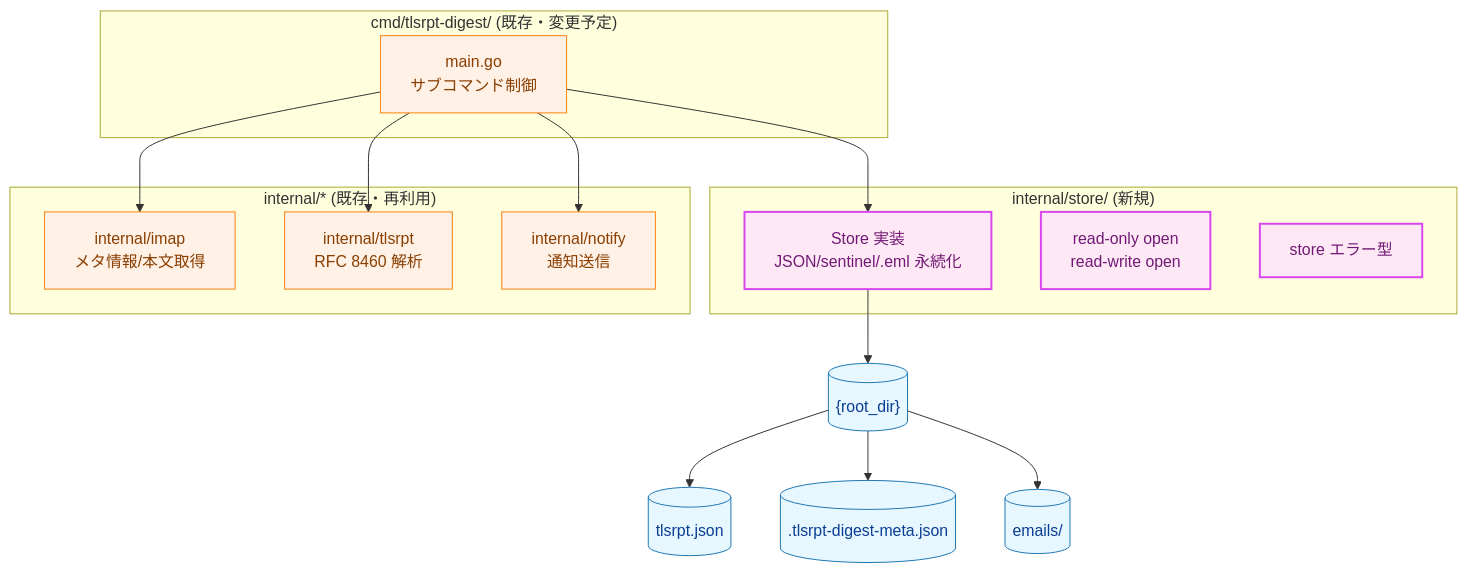
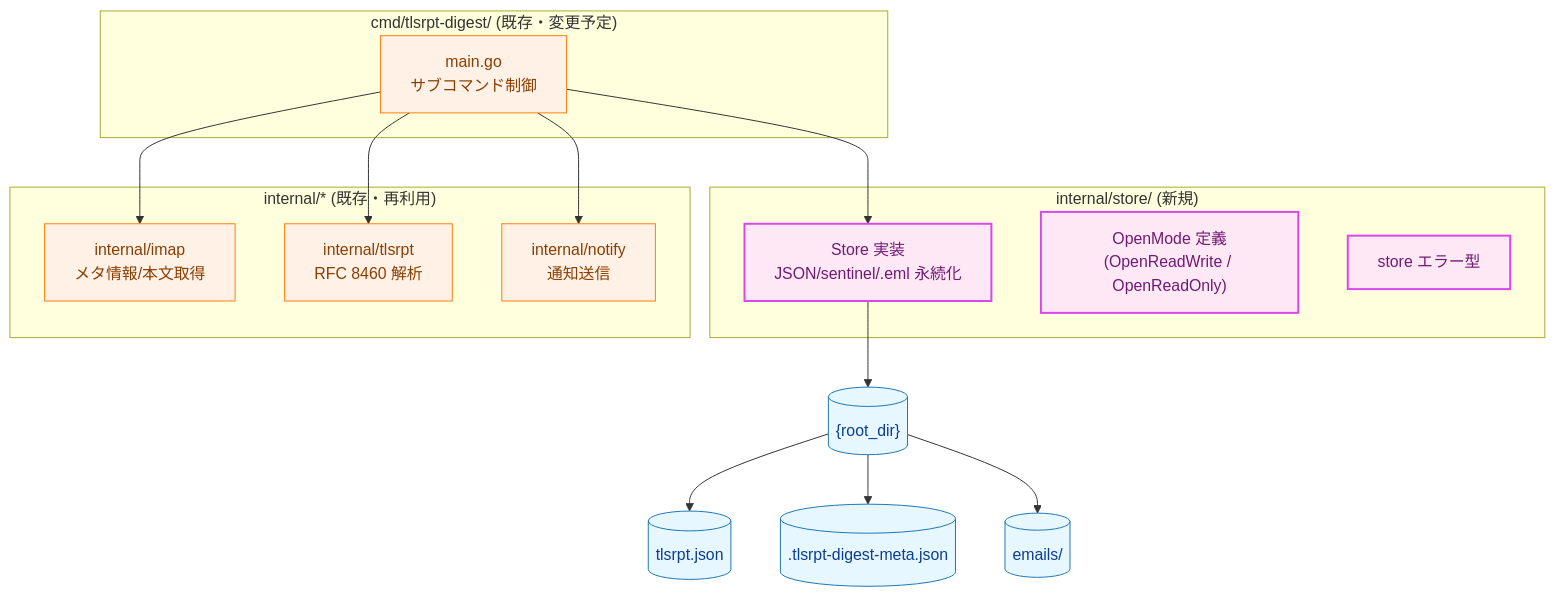
The third of 15 diagrams in docs/tasks/0040_store/02_architecture.md (isseis/tlsrpt-digest), drawn with Mermaid before and after one commit. The commit also changed other lines of this file, not shown here.

First line of the commit message:
docs(store/arch): clarity pass — legend, flowchart, labels, API names

````diff
--- a/docs/tasks/0040_store/02_architecture.md
+++ b/docs/tasks/0040_store/02_architecture.md
@@ -82,41 +84,41 @@
 ```mermaid
 graph TB
     classDef data fill:#e6f7ff,stroke:#1f77b4,stroke-width:1px,color:#0b3d91;
     classDef process fill:#fff1e6,stroke:#ff7f0e,stroke-width:1px,color:#8a3e00;
     classDef newpkg fill:#ffe8f5,stroke:#d946ef,stroke-width:2px,color:#701a75;
 
     subgraph cmd_pkg ["cmd/tlsrpt-digest/ (既存・変更予定)"]
         MAIN["main.go<br>サブコマンド制御"]
     end
 
     subgraph store_pkg ["internal/store/ (新規)"]
         SVC["Store 実装<br>JSON/sentinel/.eml 永続化"]
-        RT["read-only open<br>read-write open"]
+        RT["OpenMode 定義<br>(OpenReadWrite / OpenReadOnly)"]
         ERR["store エラー型"]
     end
 
     subgraph ext_pkg ["internal/* (既存・再利用)"]
         IMAP["internal/imap<br>メタ情報/本文取得"]
         TLSRPT["internal/tlsrpt<br>RFC 8460 解析"]
         NOTIFY["internal/notify<br>通知送信"]
     end
 
     ROOT[("{root_dir}")]
     JSON[("tlsrpt.json")]
     SENT[(".tlsrpt-digest-meta.json")]
     EDIR[("emails/")]
 
     MAIN --> SVC
     MAIN --> IMAP
     MAIN --> TLSRPT
     MAIN --> NOTIFY
 
     SVC --> ROOT
     ROOT --> JSON
     ROOT --> SENT
     ROOT --> EDIR
 
     class ROOT,JSON,SENT,EDIR data
     class MAIN,IMAP,TLSRPT,NOTIFY process
     class SVC,RT,ERR newpkg
 ```
````
